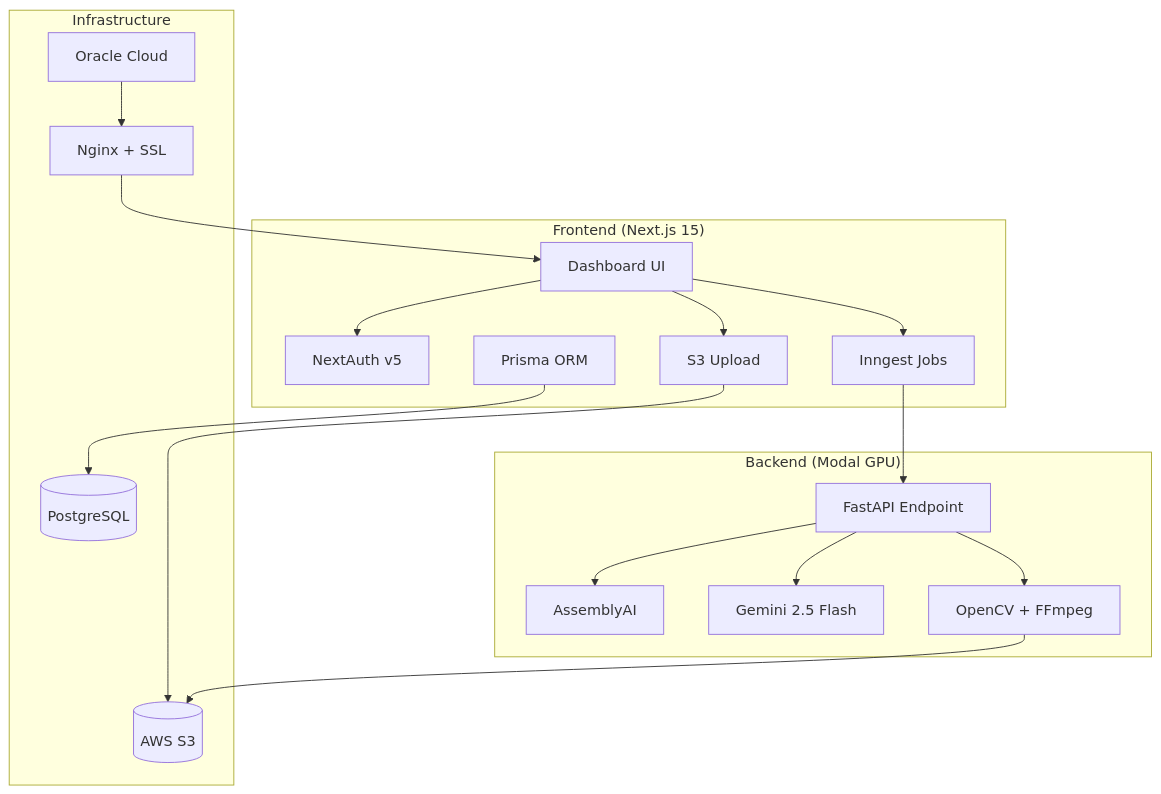
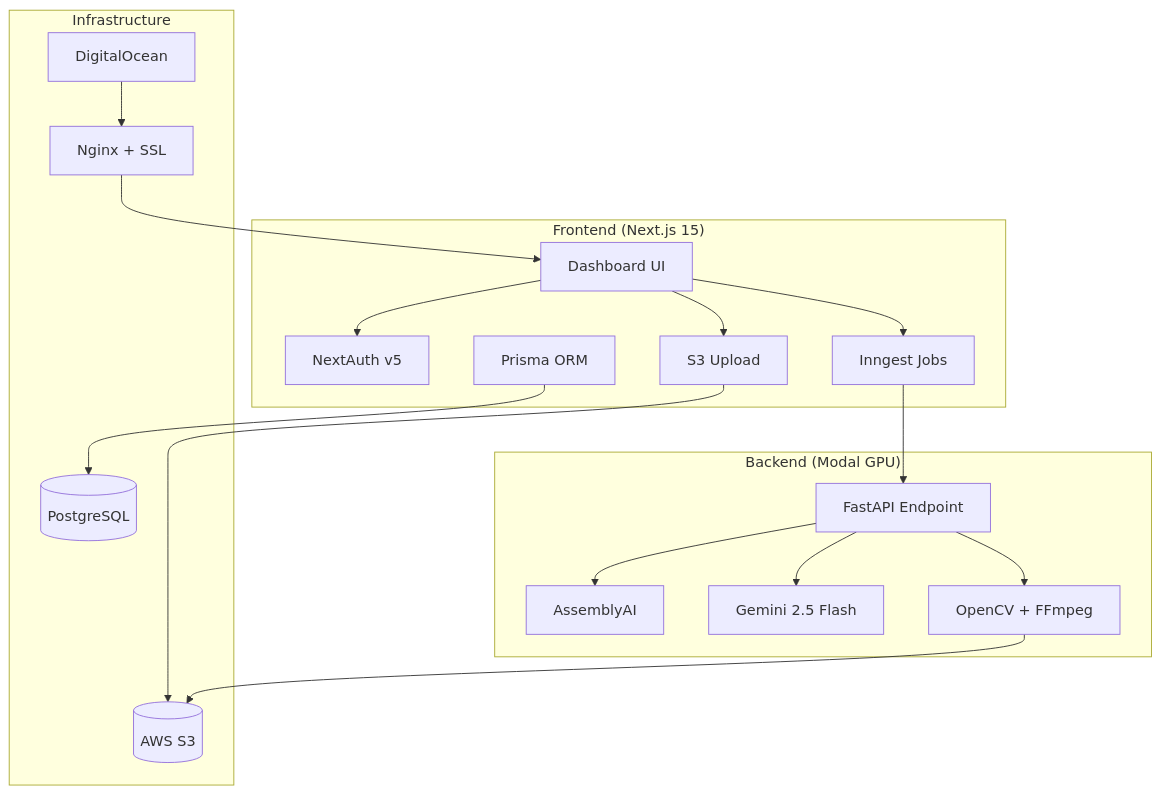
The diagram in README.md (ETS2K7/ClippedAI), drawn with Mermaid before and after one commit. The commit also changed other lines of this file and 22 other files, not shown here.

Commit message:
chore: migrate infrastructure to DigitalOcean & finalize pipeline

````diff
--- a/README.md
+++ b/README.md
@@ -7,35 +7,35 @@
 ```mermaid
 graph TB
     subgraph Frontend["Frontend (Next.js 15)"]
         UI[Dashboard UI]
         Auth[NextAuth v5]
         Prisma[Prisma ORM]
         Inngest[Inngest Jobs]
         S3Upload[S3 Upload]
     end
 
     subgraph Backend["Backend (Modal GPU)"]
         API[FastAPI Endpoint]
         Transcribe[AssemblyAI]
         LLM[Gemini 2.5 Flash]
         VideoProc[OpenCV + FFmpeg]
     end
 
     subgraph Infra["Infrastructure"]
         DB[(PostgreSQL)]
         S3[(AWS S3)]
-        OCI[Oracle Cloud]
+        OCI[DigitalOcean]
         Nginx[Nginx + SSL]
     end
 
     UI --> Auth
     UI --> S3Upload --> S3
     UI --> Inngest --> API
     API --> Transcribe
     API --> LLM
     API --> VideoProc
     VideoProc --> S3
     Prisma --> DB
     Nginx --> UI
     OCI --> Nginx
 ```
````
